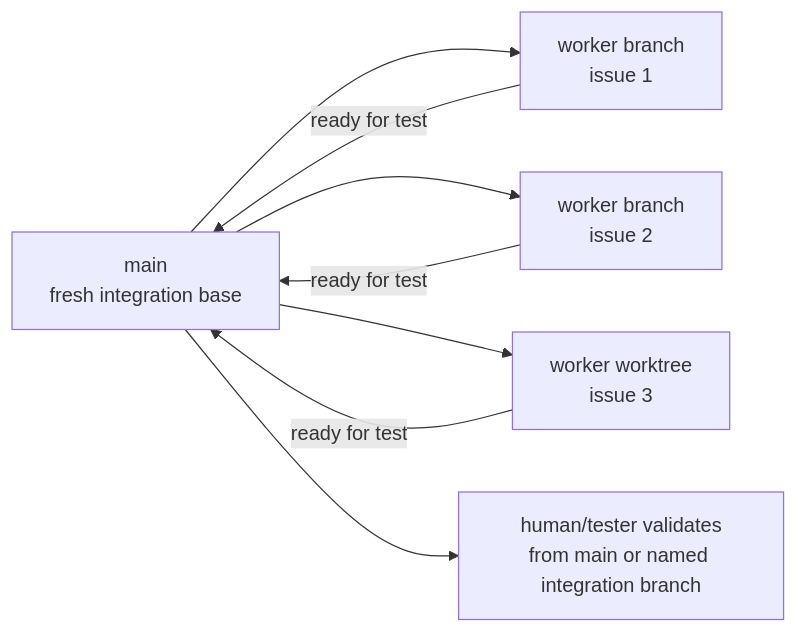
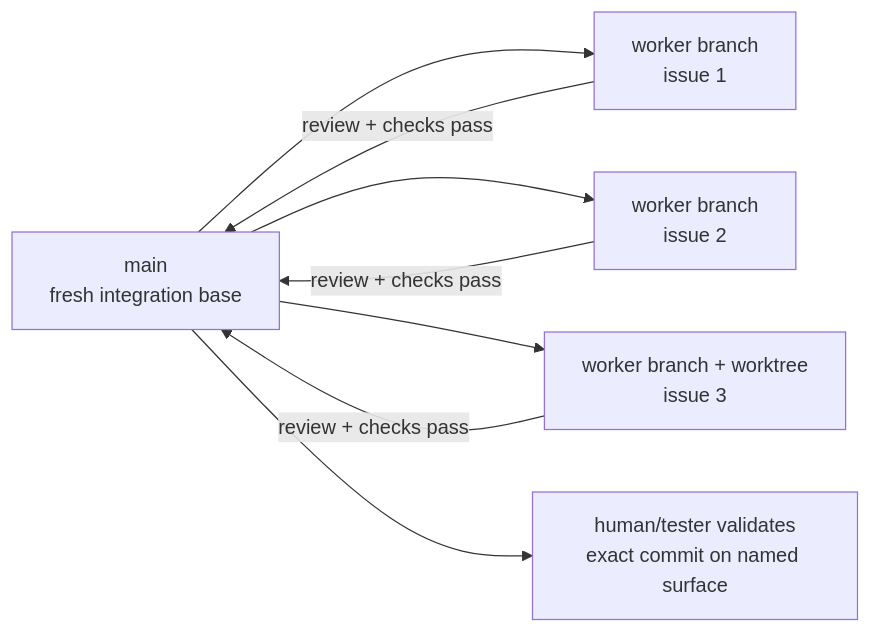
Before and after one commit to AlfaBlok/epicspine-skill: the fourth of 4 diagrams in README.md, drawn with Mermaid. The commit also changed other lines of this file and 7 other files, not shown here.

````diff
--- a/README.md
+++ b/README.md
@@ -168,16 +186,16 @@
 ```mermaid
 flowchart LR
     Main["main<br/>fresh integration base"]
     W1["worker branch<br/>issue 1"]
     W2["worker branch<br/>issue 2"]
-    W3["worker worktree<br/>issue 3"]
-    Test["human/tester validates<br/>from main or named integration branch"]
+    W3["worker branch + worktree<br/>issue 3"]
+    Test["human/tester validates<br/>exact commit on named surface"]
 
     Main --> W1
     Main --> W2
     Main --> W3
-    W1 -->|"ready for test"| Main
-    W2 -->|"ready for test"| Main
-    W3 -->|"ready for test"| Main
+    W1 -->|"review + checks pass"| Main
+    W2 -->|"review + checks pass"| Main
+    W3 -->|"review + checks pass"| Main
     Main --> Test
 ```
````
